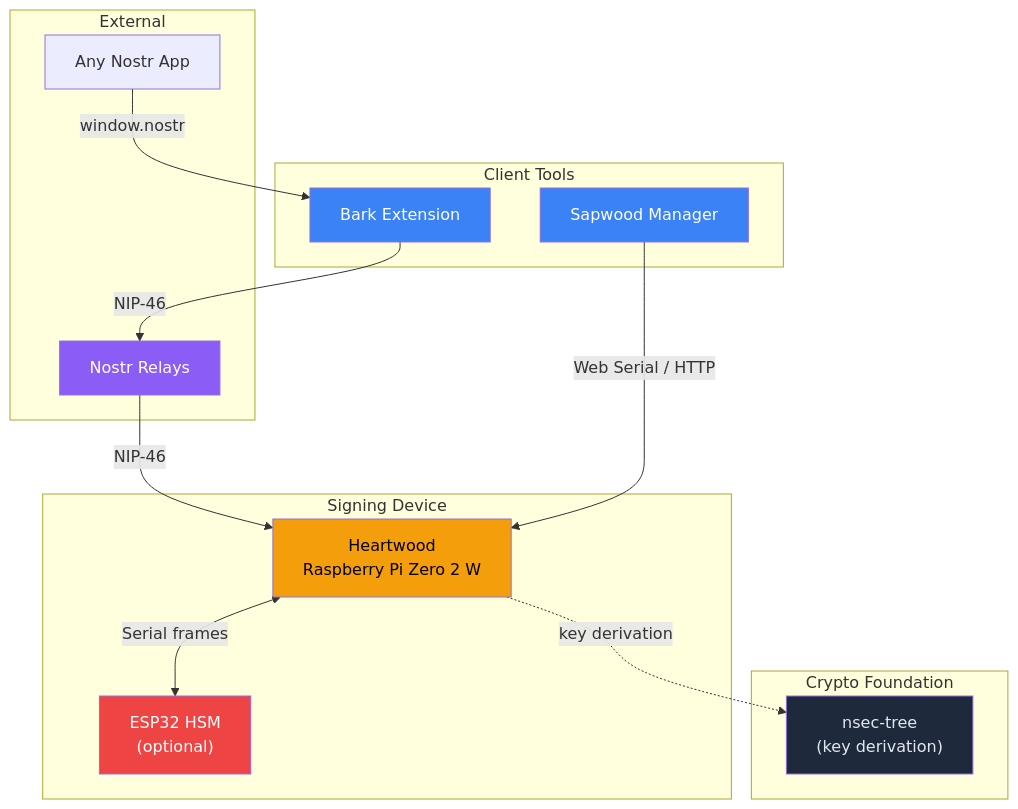
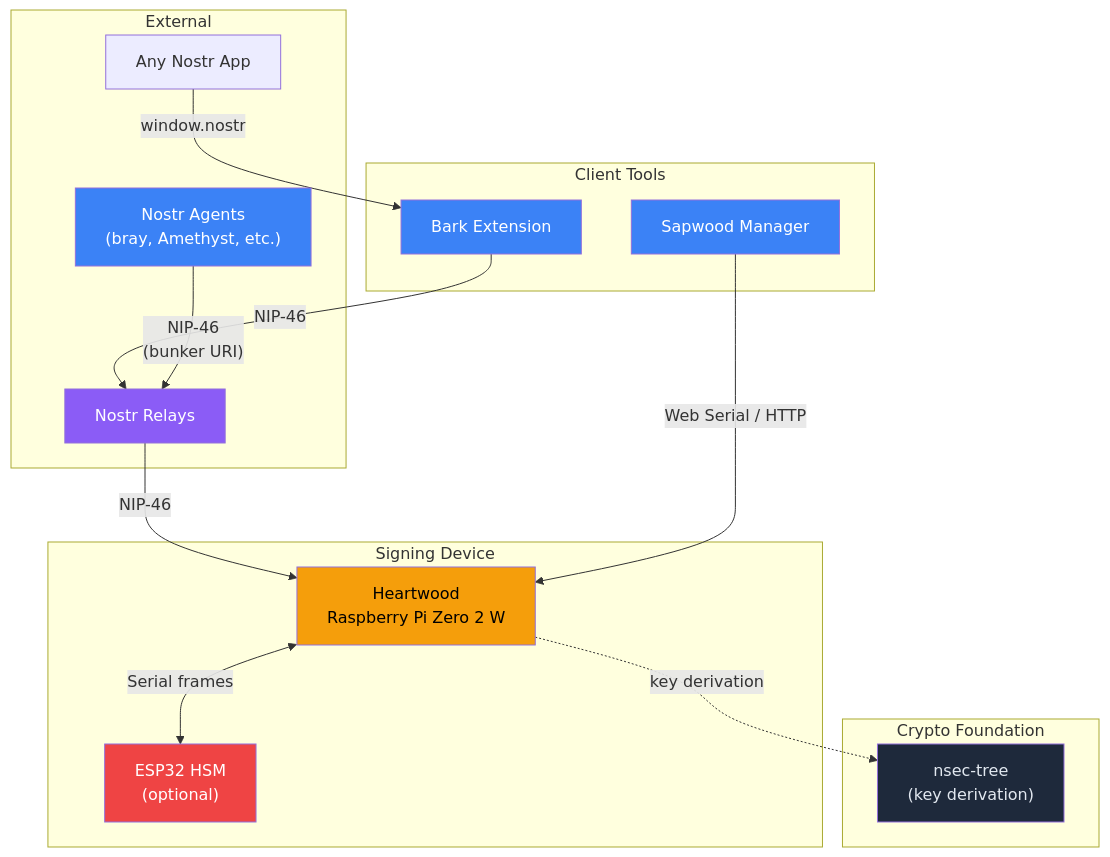
Before and after one commit to forgesworn/heartwood: the first of 6 diagrams in docs/ECOSYSTEM.md, drawn with Mermaid. The commit also changed other lines of this file, not shown here.

Commit message:
docs: show direct NIP-46 bunker URI path for agents
Any NIP-46 client (bray, Amethyst, etc.) can connect directly
to Heartwood via bunker URI. Bark is one path, not the only path.

````diff
--- a/docs/ECOSYSTEM.md
+++ b/docs/ECOSYSTEM.md
@@ -7,35 +7,38 @@
 ```mermaid
 graph TB
     subgraph External["External"]
         WA["Any Nostr App"]
+        AG["Nostr Agents<br/>(bray, Amethyst, etc.)"]
         Relay["Nostr Relays"]
     end
 
     subgraph ClientLayer["Client Tools"]
         Bark["Bark Extension"]
         Sapwood["Sapwood Manager"]
     end
 
     subgraph DeviceLayer["Signing Device"]
         HW["Heartwood<br/>Raspberry Pi Zero 2 W"]
         ESP["ESP32 HSM<br/>(optional)"]
     end
 
     subgraph CryptoLayer["Crypto Foundation"]
         NT["nsec-tree<br/>(key derivation)"]
     end
 
     WA -->|"window.nostr"| Bark
     Bark -->|"NIP-46"| Relay
+    AG -->|"NIP-46<br/>(bunker URI)"| Relay
     Relay -->|"NIP-46"| HW
     Sapwood -->|"Web Serial / HTTP"| HW
     HW <-->|"Serial frames"| ESP
     HW -.->|"key derivation"| NT
 
     style Bark fill:#3b82f6,color:#fff
     style Sapwood fill:#3b82f6,color:#fff
+    style AG fill:#3b82f6,color:#fff
     style HW fill:#f59e0b,color:#000
     style ESP fill:#ef4444,color:#fff
     style NT fill:#1e293b,color:#e2e8f0
     style Relay fill:#8b5cf6,color:#fff
 ```
````
